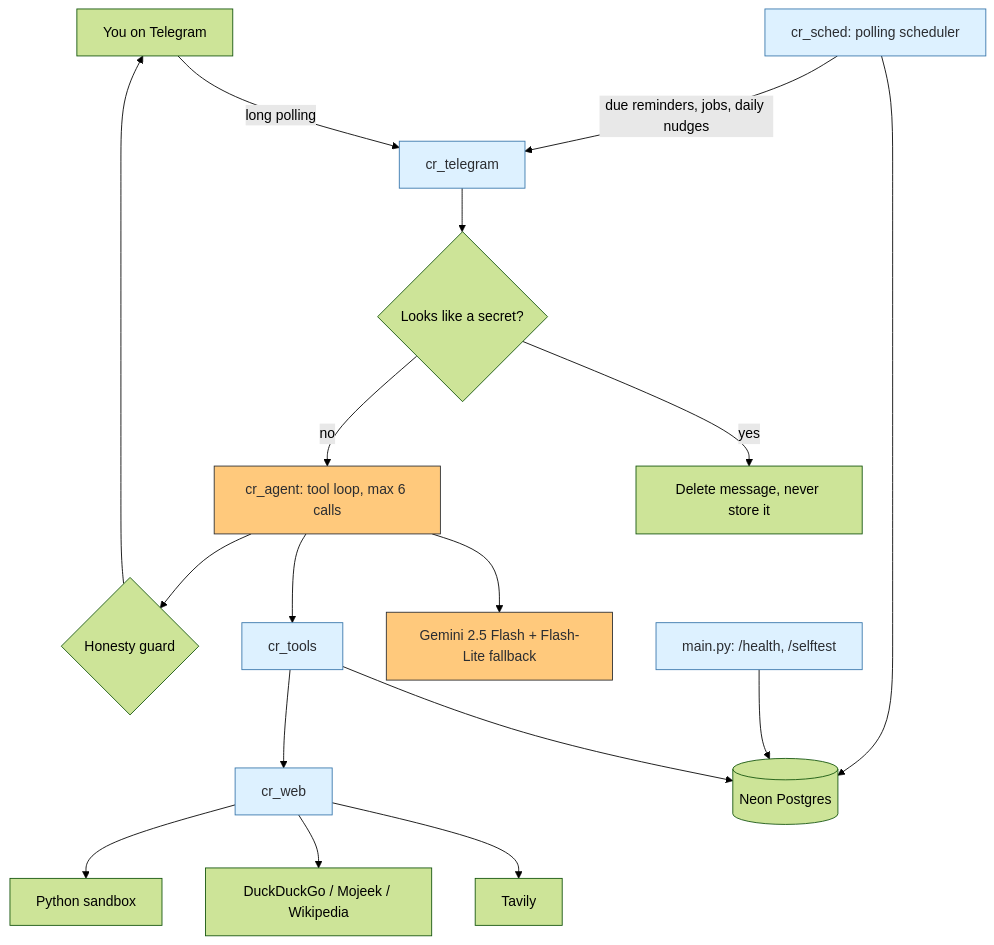
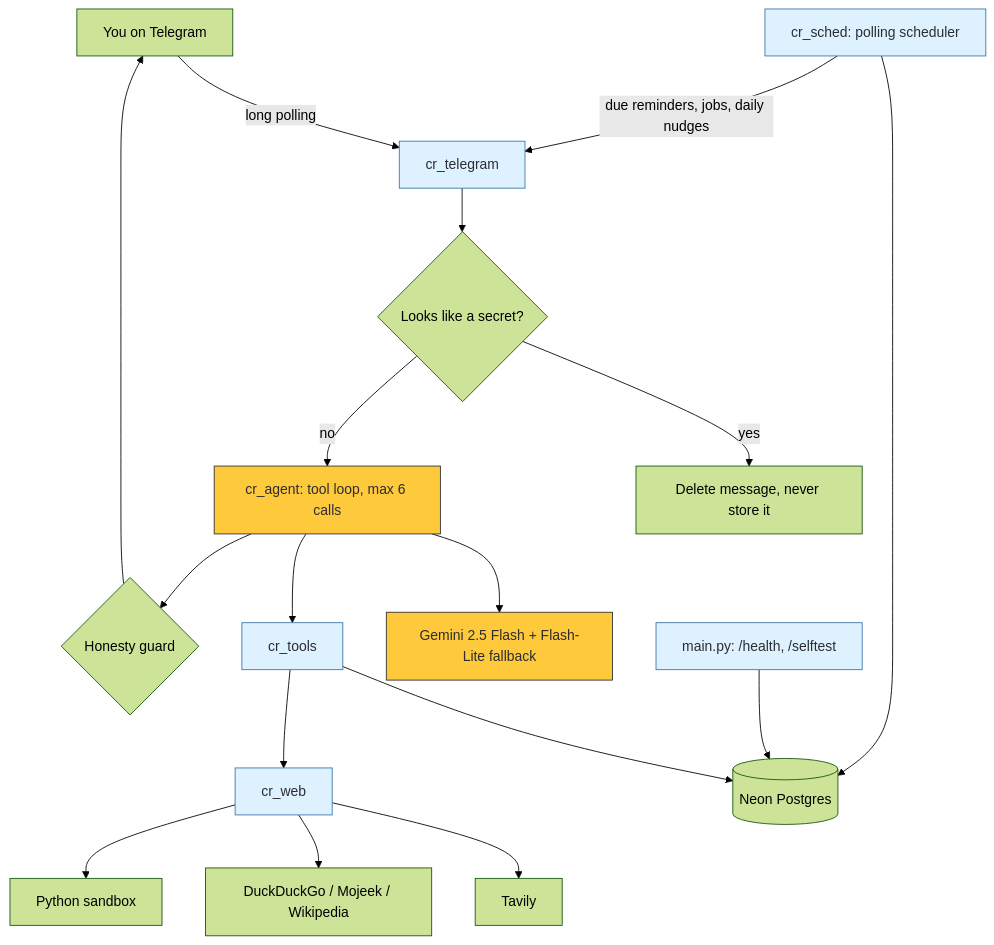
One commit to itsppm76/crayon changed the diagram in README.md. Above: the diagram before and after it, drawn with Mermaid (forest theme). The commit also changed other lines of this file, not shown here.

````diff
--- a/README.md
+++ b/README.md
@@ -68,23 +68,23 @@
 ```mermaid
 flowchart TD
     U[You on Telegram] -->|long polling| TG[cr_telegram]
     TG --> SEC{Looks like a secret?}
     SEC -->|yes| DEL[Delete message, never store it]
     SEC -->|no| AG[cr_agent: tool loop, max 6 calls]
     AG --> LLM[Gemini 2.5 Flash + Flash-Lite fallback]
     AG --> TOOLS[cr_tools]
     TOOLS --> MEM[(Neon Postgres)]
     TOOLS --> WEB[cr_web]
     WEB --> TAV[Tavily]
     WEB --> FB[DuckDuckGo / Mojeek / Wikipedia]
     WEB --> SB[Python sandbox]
     AG --> HG{Honesty guard}
     HG --> U
     SCH[cr_sched: polling scheduler] --> MEM
     SCH -->|due reminders, jobs, daily nudges| TG
     HOST[main.py: /health, /selftest] --> MEM
-    classDef yellow fill:#FFC97C,color:#2B2D31,stroke:#2B2D31
+    classDef yellow fill:#FFC93C,color:#2B2D31,stroke:#2B2D31
     classDef blue fill:#DDF1FF,color:#2B2D31,stroke:#3776AB
     class AG,LLM yellow
     class TG,TOOLS,WEB,SCH,HOST blue
 ```
````
